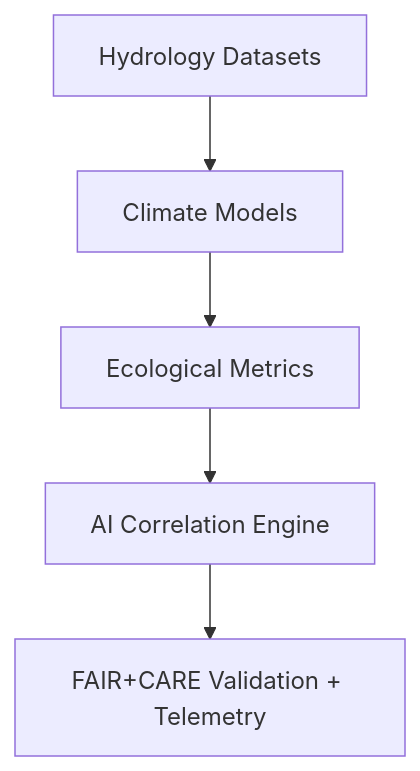
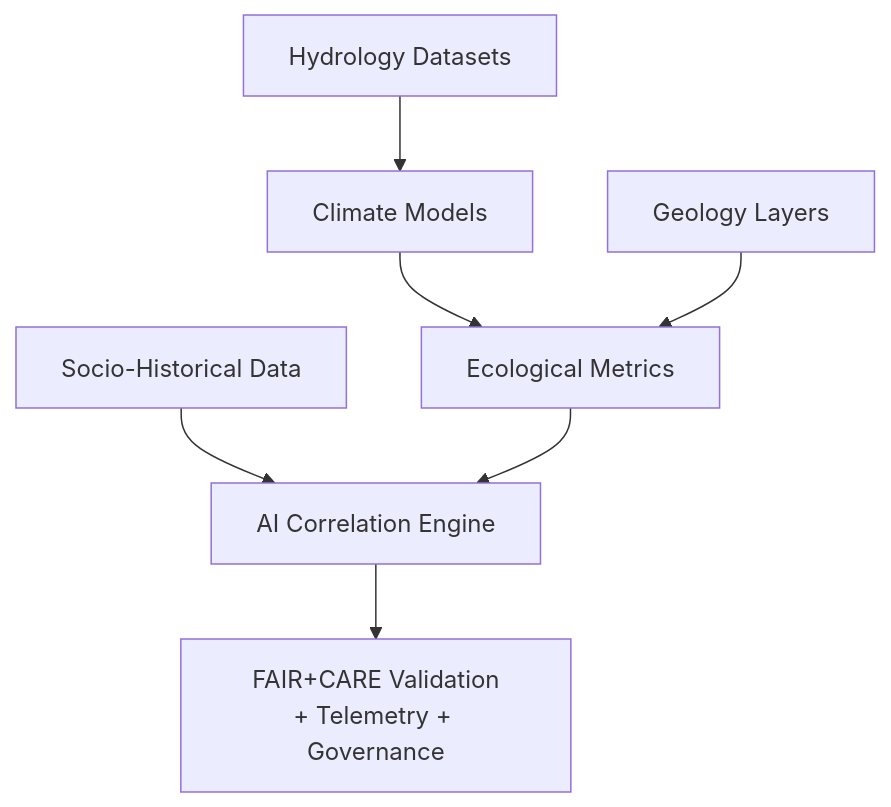
Before and after one commit to bartytime4life/Kansas-Frontier-Matrix: the diagram in docs/analyses/cross-domain/ README.md, drawn with Mermaid. The commit also changed other lines of this file, not shown here.

````diff
--- a/docs/analyses/cross-domain/ README.md
+++ b/docs/analyses/cross-domain/ README.md
@@ -112,7 +425,9 @@
-```mermaid
+~~~mermaid
 flowchart TD
-  A["Hydrology Datasets"] --> B["Climate Models"]
-  B --> C["Ecological Metrics"]
-  C --> D["AI Correlation Engine"]
-  D --> E["FAIR+CARE Validation + Telemetry"]
-```
+    H["Hydrology Datasets"] --> C["Climate Models"]
+    C --> E["Ecological Metrics"]
+    G["Geology Layers"] --> E
+    S["Socio-Historical Data"] --> A["AI Correlation Engine"]
+    E --> A
+    A --> V["FAIR+CARE Validation<br/>+ Telemetry + Governance"]
+~~~
````
